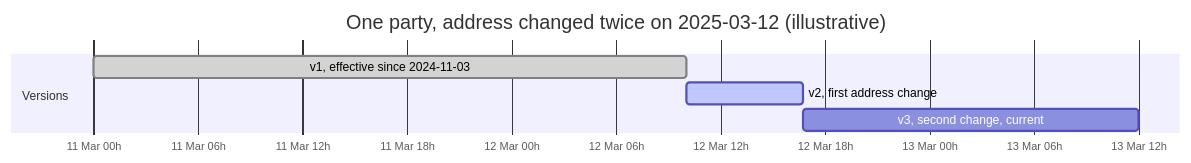
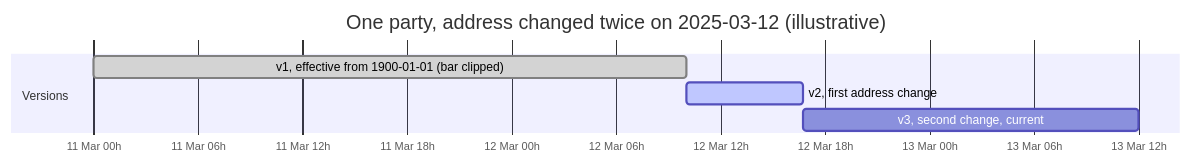
Before and after one commit to rjdscott/spark-delta-lakehouse: the diagram in docs/scd2.md, drawn with Mermaid. The commit also changed other lines of this file and 5 other files, not shown here.

````diff
--- a/docs/scd2.md
+++ b/docs/scd2.md
@@ -16,10 +16,10 @@
 ```mermaid
 gantt
     title One party, address changed twice on 2025-03-12 (illustrative)
     dateFormat YYYY-MM-DD HH:mm
     axisFormat %d %b %Hh
     section Versions
-    v1, effective since 2024-11-03   :done, 2025-03-11 00:00, 2025-03-12 10:02
+    v1, effective from 1900-01-01 (bar clipped)   :done, 2025-03-11 00:00, 2025-03-12 10:02
     v2, first address change         :active, 2025-03-12 10:02, 2025-03-12 16:45
     v3, second change, current       :2025-03-12 16:45, 2025-03-13 12:00
 ```
````
